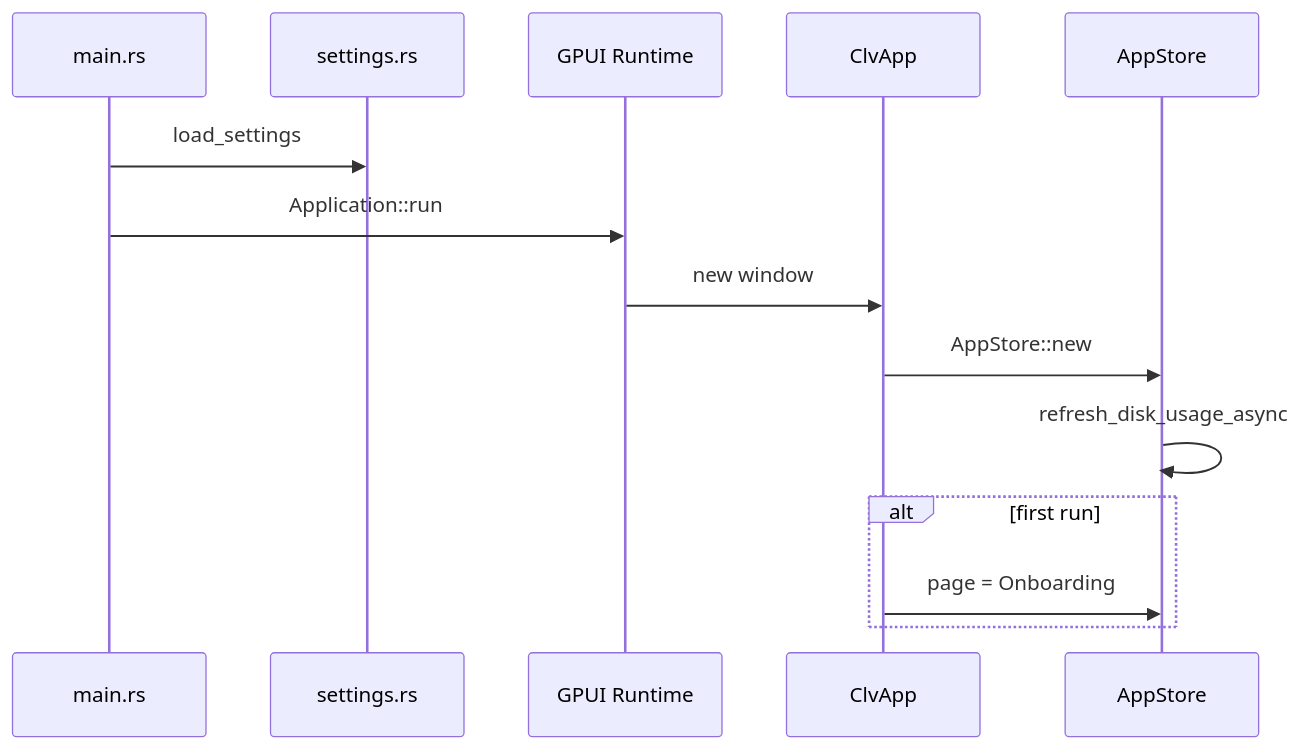
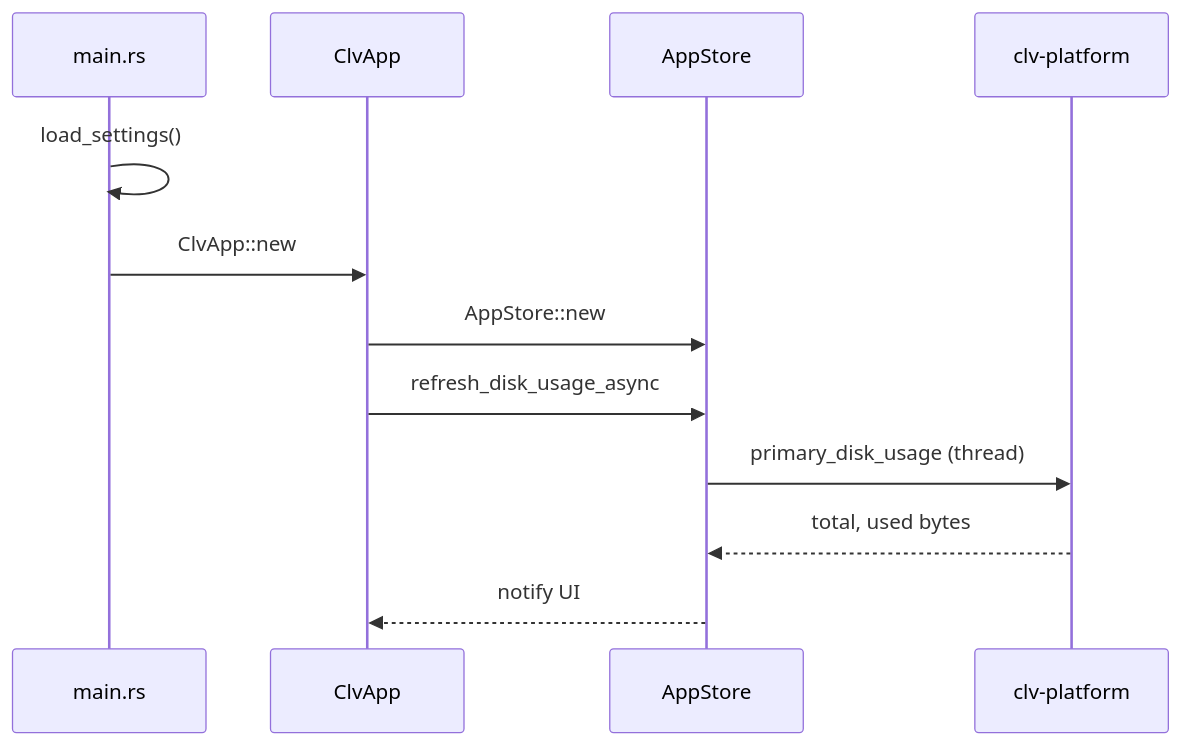
The third of 7 diagrams in .terrain/human/3.Workflows.md (sopaco/CLV3000-Plus), drawn with Mermaid before and after one commit. The commit also changed other lines of this file and 15 other files, not shown here.

````diff
--- a/.terrain/human/3.Workflows.md
+++ b/.terrain/human/3.Workflows.md
@@ -62,17 +58,15 @@
 ```mermaid
 sequenceDiagram
-    participant Main as main.rs
-    participant Settings as settings.rs
-    participant GPUI as GPUI Runtime
-    participant ClvApp as ClvApp
-    participant Store as AppStore
+    participant M as main.rs
+    participant C as ClvApp
+    participant S as AppStore
+    participant P as clv-platform
 
-    Main->>Settings: load_settings
-    Main->>GPUI: Application::run
-    GPUI->>ClvApp: new window
-    ClvApp->>Store: AppStore::new
-    Store->>Store: refresh_disk_usage_async
-    alt first run
-        ClvApp->>Store: page = Onboarding
-    end
+    M->>M: load_settings()
+    M->>C: ClvApp::new
+    C->>S: AppStore::new
+    C->>S: refresh_disk_usage_async
+    S->>P: primary_disk_usage (thread)
+    P-->>S: total, used bytes
+    S-->>C: notify UI
 ```
````
